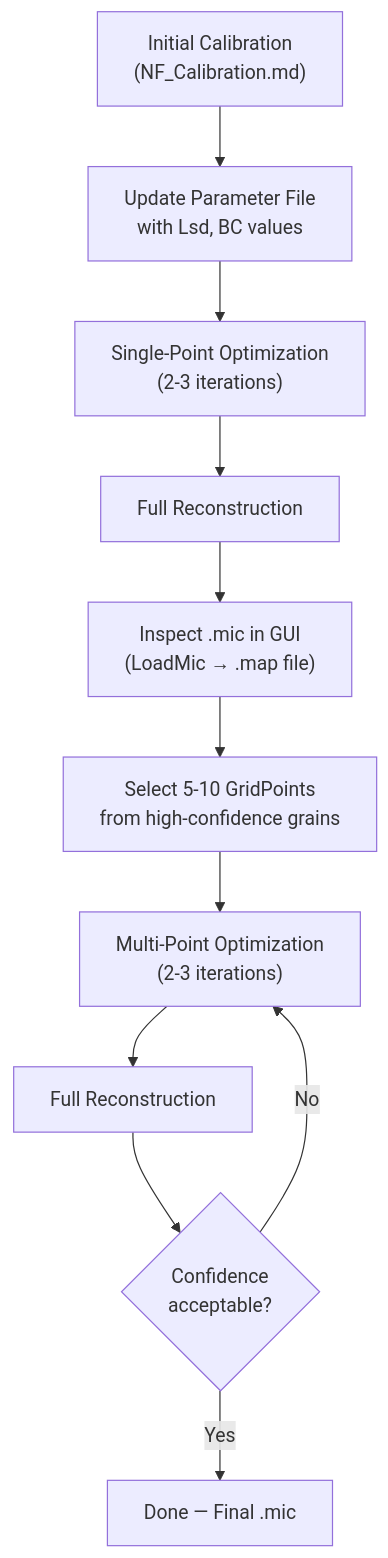
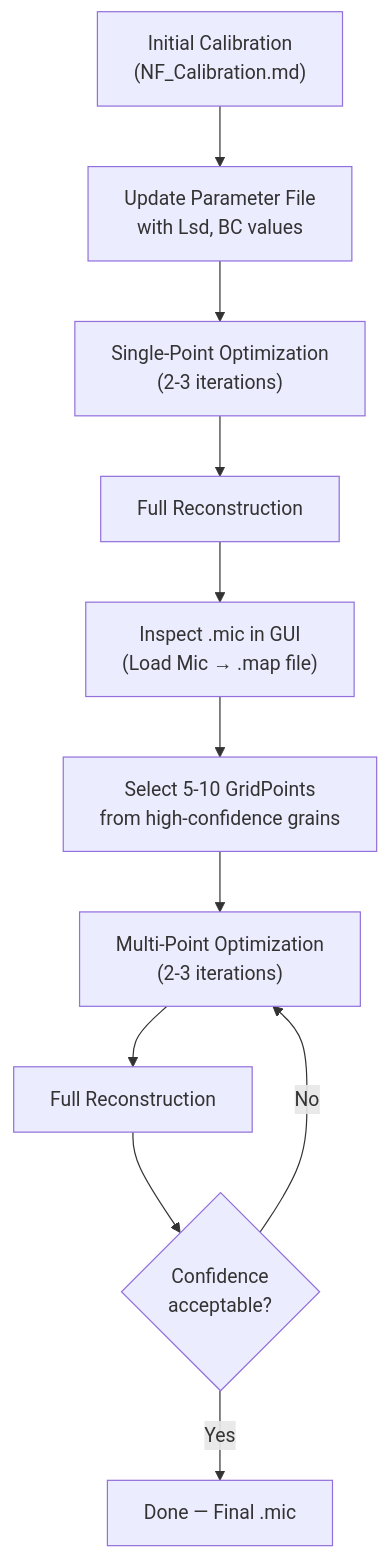
Before and after one commit to marinerhemant/MIDAS: the third of 3 diagrams in manuals/NF_Analysis.md, drawn with Mermaid. The commit also changed other lines of this file and 8 other files, not shown here.

````diff
--- a/manuals/NF_Analysis.md
+++ b/manuals/NF_Analysis.md
@@ -260,13 +260,13 @@
 ```mermaid
 graph TD
     A["Initial Calibration<br>(NF_Calibration.md)"] --> B["Update Parameter File<br>with Lsd, BC values"]
     B --> C["Single-Point Optimization<br>(2-3 iterations)"]
     C --> D["Full Reconstruction"]
-    D --> E["Inspect .mic in GUI<br>(LoadMic → .map file)"]
+    D --> E["Inspect .mic in GUI<br>(Load Mic → .map file)"]
     E --> F["Select 5-10 GridPoints<br>from high-confidence grains"]
     F --> G["Multi-Point Optimization<br>(2-3 iterations)"]
     G --> H["Full Reconstruction"]
     H --> I{"Confidence<br>acceptable?"}
     I -->|No| G
     I -->|Yes| J["Done — Final .mic"]
 ```
````
